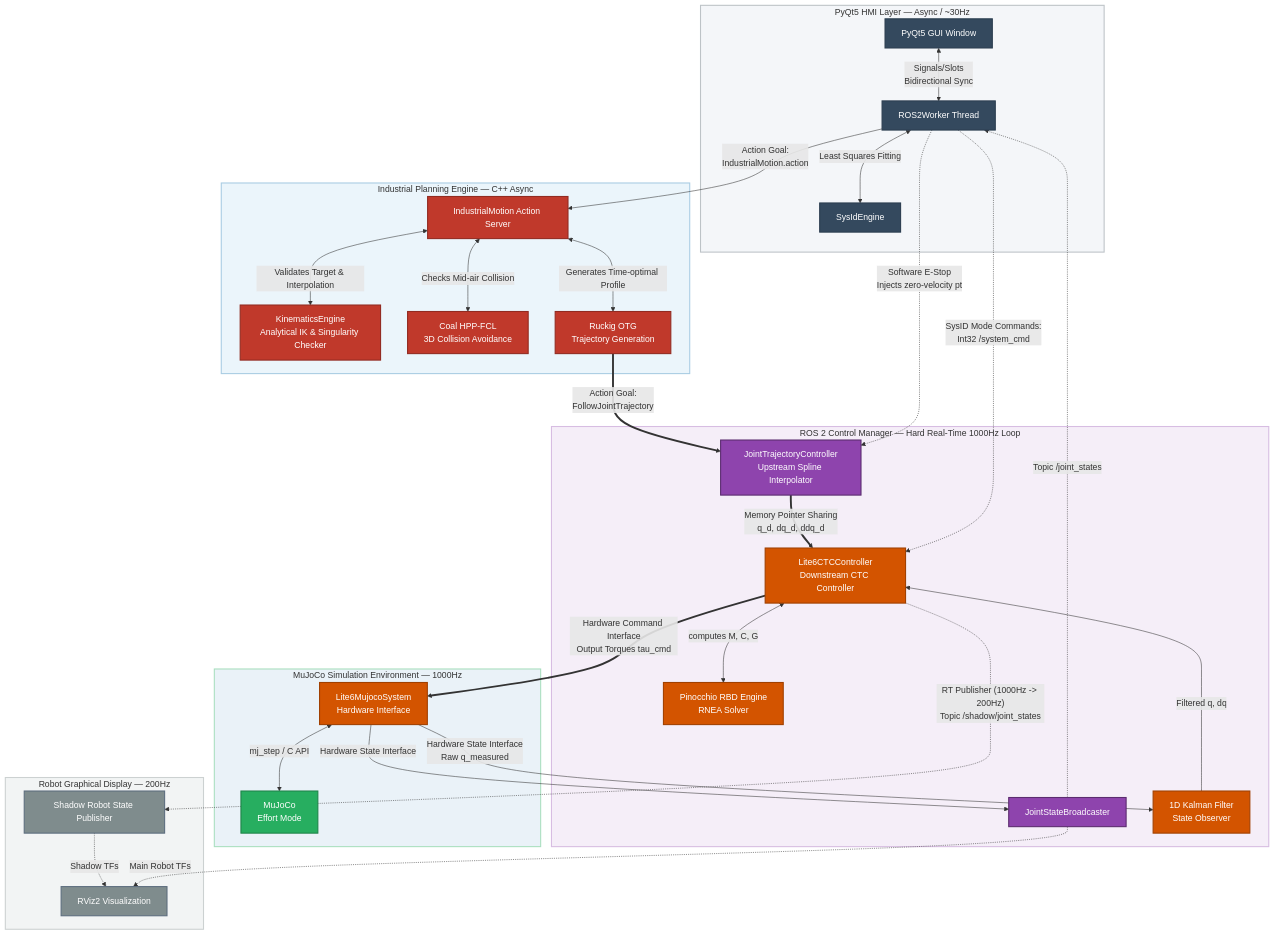
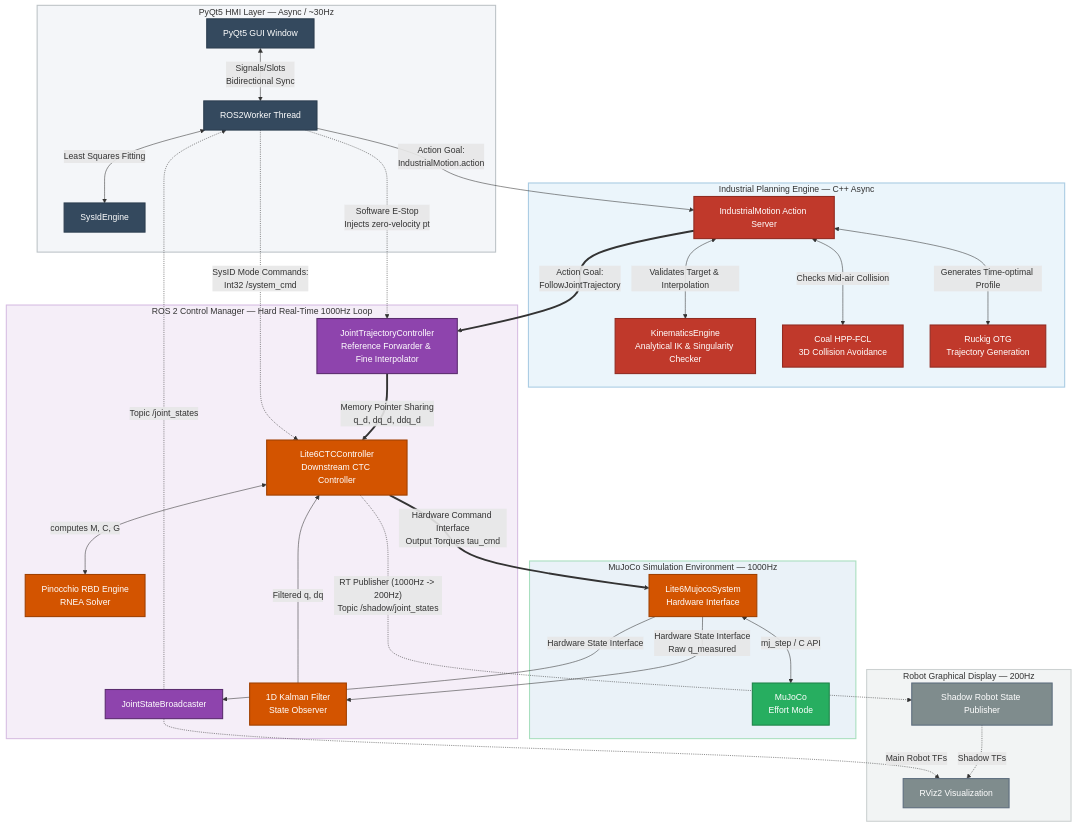
One commit to Tianyi-Wang-1206/Deterministic-Motion-Planning-and-Dynamics-Control-Framework-for-Lightweight-6-Axis-Robotic-Arms changed the diagram in README.md. Above: the diagram before and after it, drawn with Mermaid. The commit also changed 4 other files, not shown here.

```diff
--- a/README.md
+++ b/README.md
@@ -70,7 +70,7 @@
 
     %% Subgraph: Hard Real-Time ROS 2 Control Loop (1000Hz)
     subgraph Sub_R2C [ROS 2 Control Manager — Hard Real-Time 1000Hz Loop]
-        JTC[JointTrajectoryController<br/>Upstream Spline Interpolator]:::R2C
+        JTC[JointTrajectoryController<br/>Reference Forwarder & Fine Interpolator]:::R2C
         CTC[Lite6CTCController<br/>Downstream CTC Controller]:::Custom
         JSB[JointStateBroadcaster]:::R2C
         KF[1D Kalman Filter<br/>State Observer]:::Custom
@@ -97,7 +97,7 @@
 
     %% System Connections (Data Flow)
     Worker -->|Action Goal:<br/>IndustrialMotion.action| Action
-    Ruckig ==>|Action Goal:<br/>FollowJointTrajectory| JTC
+    Action ==>|Action Goal:<br/>FollowJointTrajectory| JTC
     Worker -.->|Software E-Stop<br/>Injects zero-velocity pt| JTC
     
     %% CTC Inputs & Outputs
```
